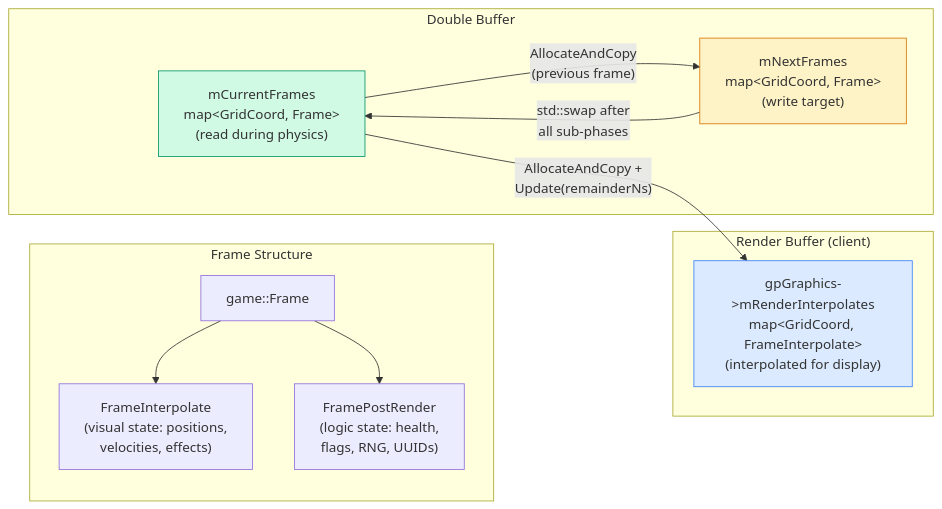
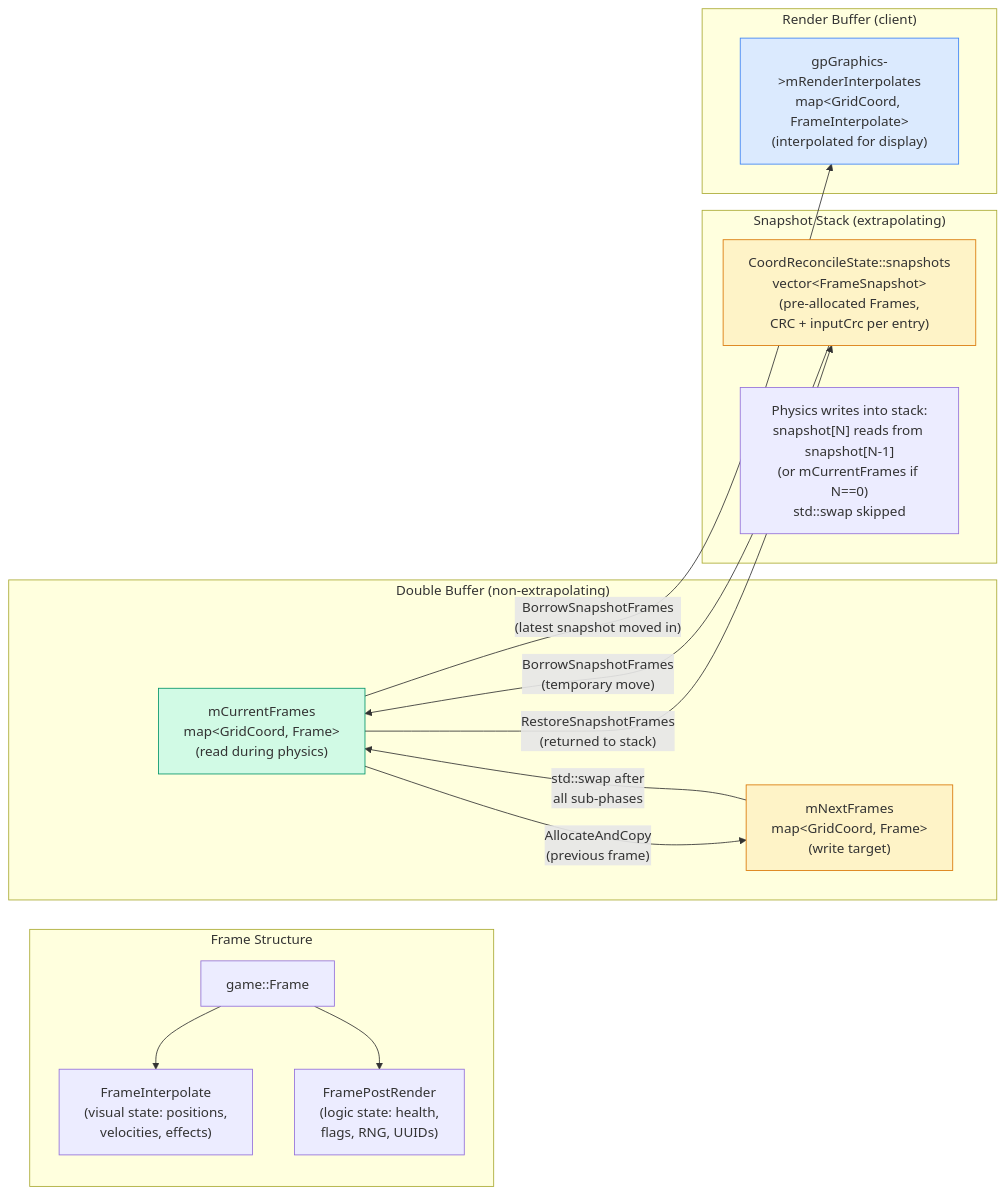
The fourth of 5 diagrams in Documents/Architecture/FrameUpdatePipeline.md (DougTanner/BrokenEnginePublic), drawn with Mermaid before and after one commit. The commit also changed other lines of this file and 11 other files, not shown here.

````diff
--- a/Documents/Architecture/FrameUpdatePipeline.md
+++ b/Documents/Architecture/FrameUpdatePipeline.md
@@ -136,28 +145,35 @@
 ```mermaid
 %%{init: {'theme': 'default'}}%%
 flowchart LR
     classDef current fill:#d1fae5,stroke:#059669
     classDef next fill:#fef3c7,stroke:#d97706
     classDef render fill:#dbeafe,stroke:#3b82f6
 
     subgraph frame_struct ["Frame Structure"]
         frame["game::Frame"]
         fi["FrameInterpolate<br/>(visual state: positions,<br/>velocities, effects)"]
         fpr["FramePostRender<br/>(logic state: health,<br/>flags, RNG, UUIDs)"]
         frame --> fi
         frame --> fpr
     end
 
-    subgraph buffers ["Double Buffer"]
+    subgraph buffers ["Double Buffer (non-extrapolating)"]
         current["mCurrentFrames<br/>map&lt;GridCoord, Frame&gt;<br/>(read during physics)"]:::current
         next_buf["mNextFrames<br/>map&lt;GridCoord, Frame&gt;<br/>(write target)"]:::next
+    end
+
+    subgraph snapshot_buf ["Snapshot Stack (extrapolating)"]
+        snap_stack["CoordReconcileState::snapshots<br/>vector&lt;FrameSnapshot&gt;<br/>(pre-allocated Frames,<br/>CRC + inputCrc per entry)"]:::next
+        snap_note["Physics writes into stack:<br/>snapshot[N] reads from snapshot[N-1]<br/>(or mCurrentFrames if N==0)<br/>std::swap skipped"]
     end
 
     subgraph render_buf ["Render Buffer (client)"]
         render_interp["gpGraphics->mRenderInterpolates<br/>map&lt;GridCoord, FrameInterpolate&gt;<br/>(interpolated for display)"]:::render
     end
 
     current -->|"AllocateAndCopy<br/>(previous frame)"| next_buf
     next_buf -->|"std::swap after<br/>all sub-phases"| current
-    current -->|"AllocateAndCopy +<br/>Update(remainderNs)"| render_interp
+    current -->|"BorrowSnapshotFrames<br/>(latest snapshot moved in)"| render_interp
+    snap_stack -->|"BorrowSnapshotFrames<br/>(temporary move)"| current
+    current -->|"RestoreSnapshotFrames<br/>(returned to stack)"| snap_stack
 ```
````
